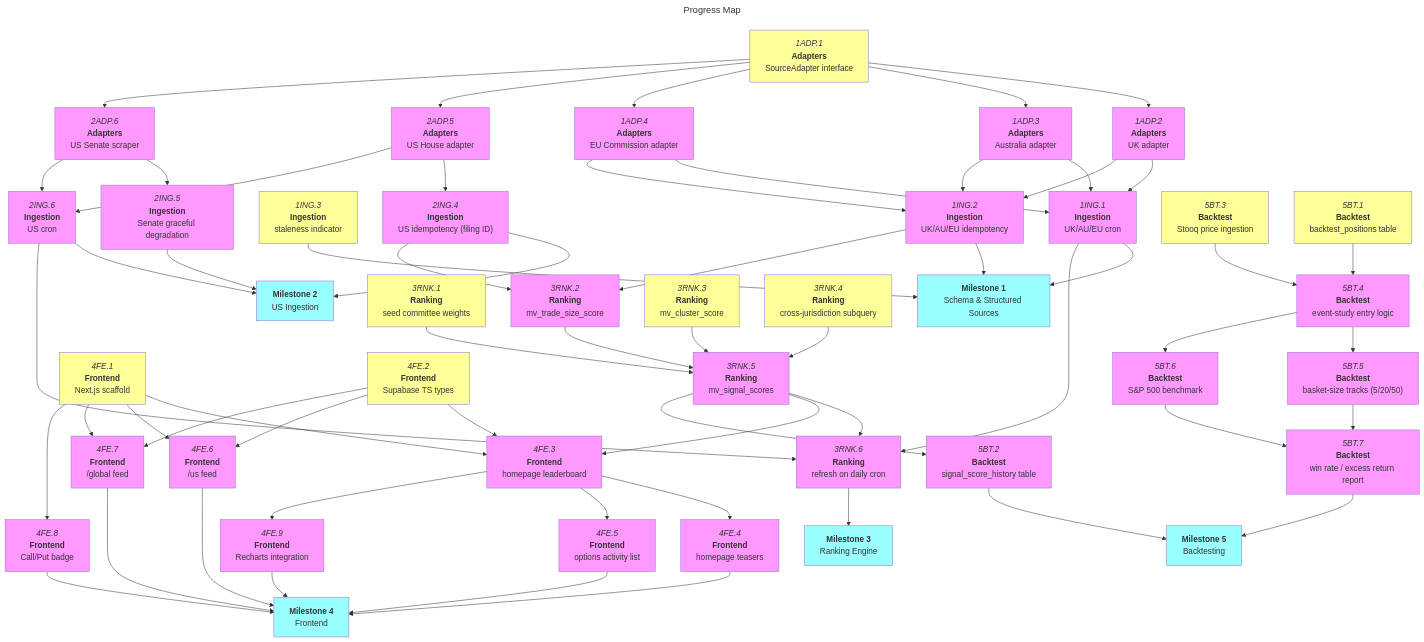
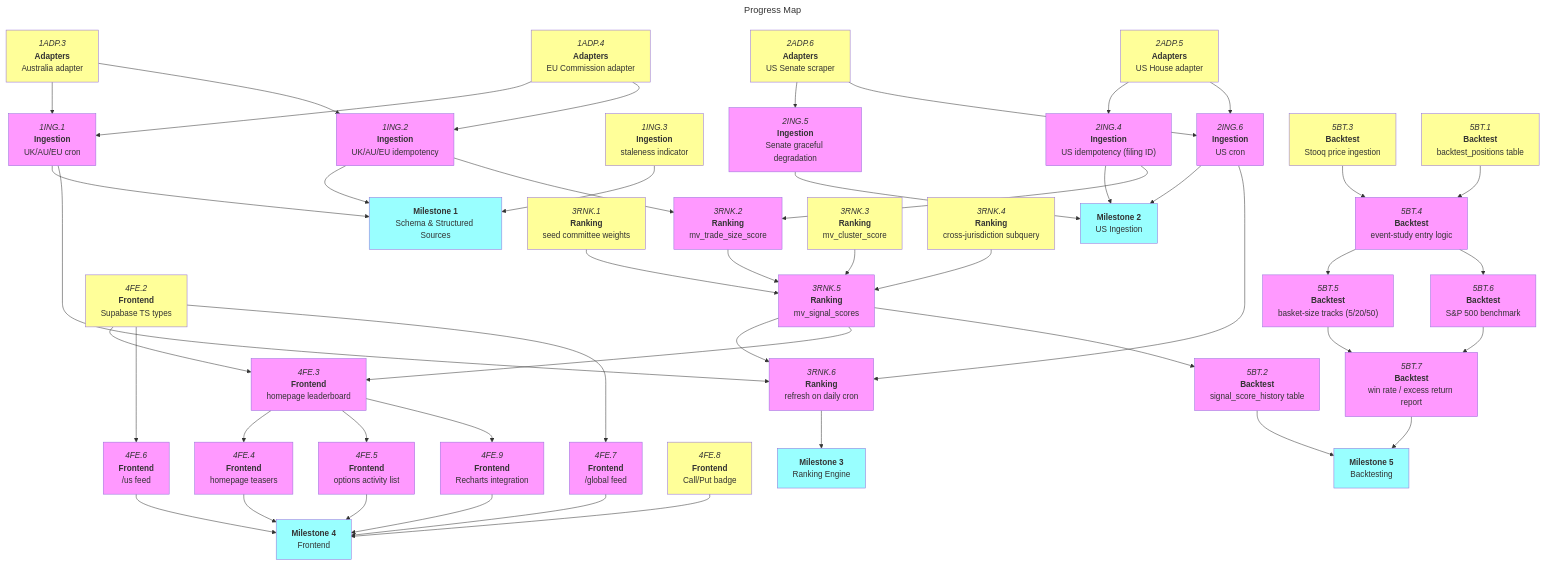
The diagram in docs/roadmaps/mvp.md (Oggie112/CrossBench), drawn with Mermaid before and after one commit. The commit also changed other lines of this file and 2 other files, not shown here.

First line of the commit message:
feat(adapters): add SourceAdapter interface and UK adapter

```diff
--- a/docs/roadmaps/mvp.md
+++ b/docs/roadmaps/mvp.md
@@ -183,22 +181,14 @@
 ---
 graph TD
 
-1ADP.1["`*1ADP.1*<br/>**Adapters**<br/>SourceAdapter interface`"]:::open
-
-1ADP.2["`*1ADP.2*<br/>**Adapters**<br/>UK adapter`"]:::blocked
-1ADP.1 --> 1ADP.2
-1ADP.3["`*1ADP.3*<br/>**Adapters**<br/>Australia adapter`"]:::blocked
-1ADP.1 --> 1ADP.3
-1ADP.4["`*1ADP.4*<br/>**Adapters**<br/>EU Commission adapter`"]:::blocked
-1ADP.1 --> 1ADP.4
+1ADP.3["`*1ADP.3*<br/>**Adapters**<br/>Australia adapter`"]:::open
+1ADP.4["`*1ADP.4*<br/>**Adapters**<br/>EU Commission adapter`"]:::open
 
 1ING.1["`*1ING.1*<br/>**Ingestion**<br/>UK/AU/EU cron`"]:::blocked
-1ADP.2 --> 1ING.1
 1ADP.3 --> 1ING.1
 1ADP.4 --> 1ING.1
 
 1ING.2["`*1ING.2*<br/>**Ingestion**<br/>UK/AU/EU idempotency`"]:::blocked
-1ADP.2 --> 1ING.2
 1ADP.3 --> 1ING.2
 1ADP.4 --> 1ING.2
 
@@ -209,11 +199,9 @@
 1ING.2 --> m1
 1ING.3 --> m1
 
-2ADP.5["`*2ADP.5*<br/>**Adapters**<br/>US House adapter`"]:::blocked
-1ADP.1 --> 2ADP.5
+2ADP.5["`*2ADP.5*<br/>**Adapters**<br/>US House adapter`"]:::open
 
-2ADP.6["`*2ADP.6*<br/>**Adapters**<br/>US Senate scraper`"]:::blocked
-1ADP.1 --> 2ADP.6
+2ADP.6["`*2ADP.6*<br/>**Adapters**<br/>US Senate scraper`"]:::open
 
 2ING.4["`*2ING.4*<br/>**Ingestion**<br/>US idempotency (filing ID)`"]:::blocked
 2ADP.5 --> 2ING.4
@@ -254,13 +242,10 @@
 m3["`**Milestone 3**<br/>Ranking Engine`"]:::mile
 3RNK.6 --> m3
 
-4FE.1["`*4FE.1*<br/>**Frontend**<br/>Next.js scaffold`"]:::open
-
 4FE.2["`*4FE.2*<br/>**Frontend**<br/>Supabase TS types`"]:::open
 
 4FE.3["`*4FE.3*<br/>**Frontend**<br/>homepage leaderboard`"]:::blocked
 3RNK.5 --> 4FE.3
-4FE.1 --> 4FE.3
 4FE.2 --> 4FE.3
 
 4FE.4["`*4FE.4*<br/>**Frontend**<br/>homepage teasers`"]:::blocked
@@ -270,15 +255,12 @@
 4FE.3 --> 4FE.5
 
 4FE.6["`*4FE.6*<br/>**Frontend**<br/>/us feed`"]:::blocked
-4FE.1 --> 4FE.6
 4FE.2 --> 4FE.6
 
 4FE.7["`*4FE.7*<br/>**Frontend**<br/>/global feed`"]:::blocked
-4FE.1 --> 4FE.7
 4FE.2 --> 4FE.7
 
-4FE.8["`*4FE.8*<br/>**Frontend**<br/>Call/Put badge`"]:::blocked
-4FE.1 --> 4FE.8
+4FE.8["`*4FE.8*<br/>**Frontend**<br/>Call/Put badge`"]:::open
 
 4FE.9["`*4FE.9*<br/>**Frontend**<br/>Recharts integration`"]:::blocked
 4FE.3 --> 4FE.9
```
